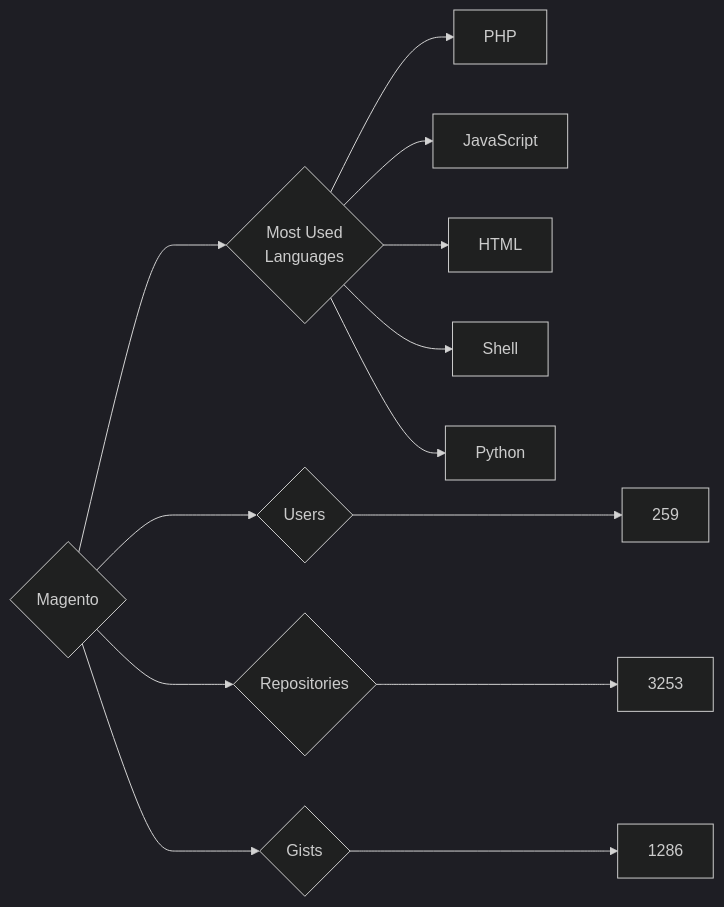
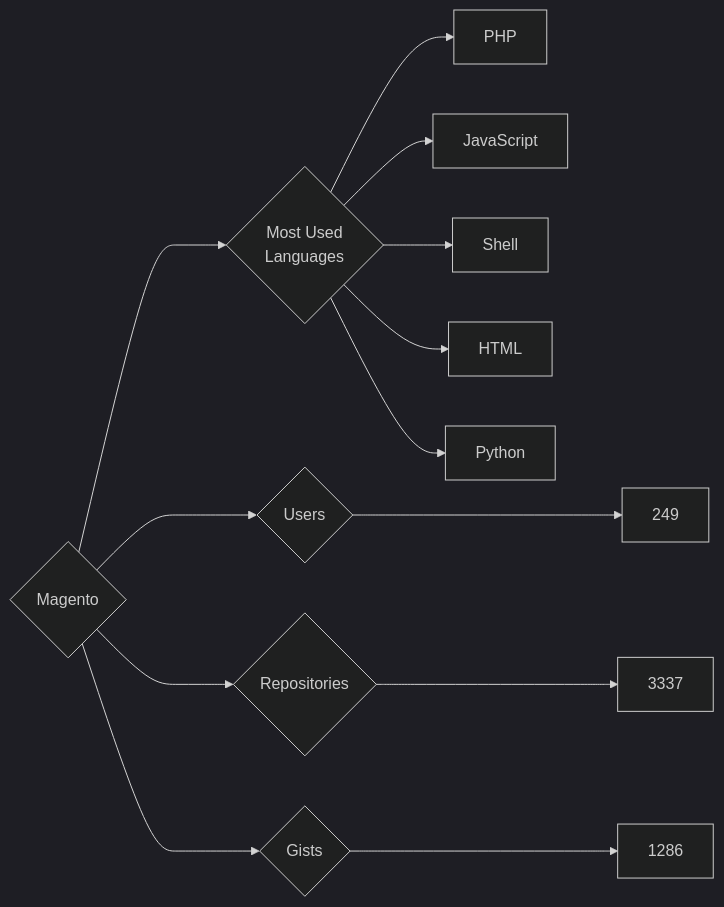
One commit to trickest/insiders changed the diagram in targets/Magento/README.md. Above: the diagram before and after it, drawn with Mermaid (dark theme). The commit also changed 873 other files, not shown here.

````diff
--- a/targets/Magento/README.md
+++ b/targets/Magento/README.md
@@ -3,13 +3,13 @@
 ```mermaid
 graph LR
 COMPANY_NAME{Magento}
-COMPANY_NAME ---> U{Users} ---> UN[259]
-COMPANY_NAME ---> R{Repositories} ---> RN[3253]
+COMPANY_NAME ---> U{Users} ---> UN[249]
+COMPANY_NAME ---> R{Repositories} ---> RN[3337]
 COMPANY_NAME ---> G{Gists} ---> GN[1286]
 COMPANY_NAME ---> ML{Most Used<br>Languages}
 ML --> PHP[PHP]
 ML --> JavaScript[JavaScript]
+ML --> Shell[Shell]
 ML --> HTML[HTML]
-ML --> Shell[Shell]
 ML --> Python[Python]
 ```
````
